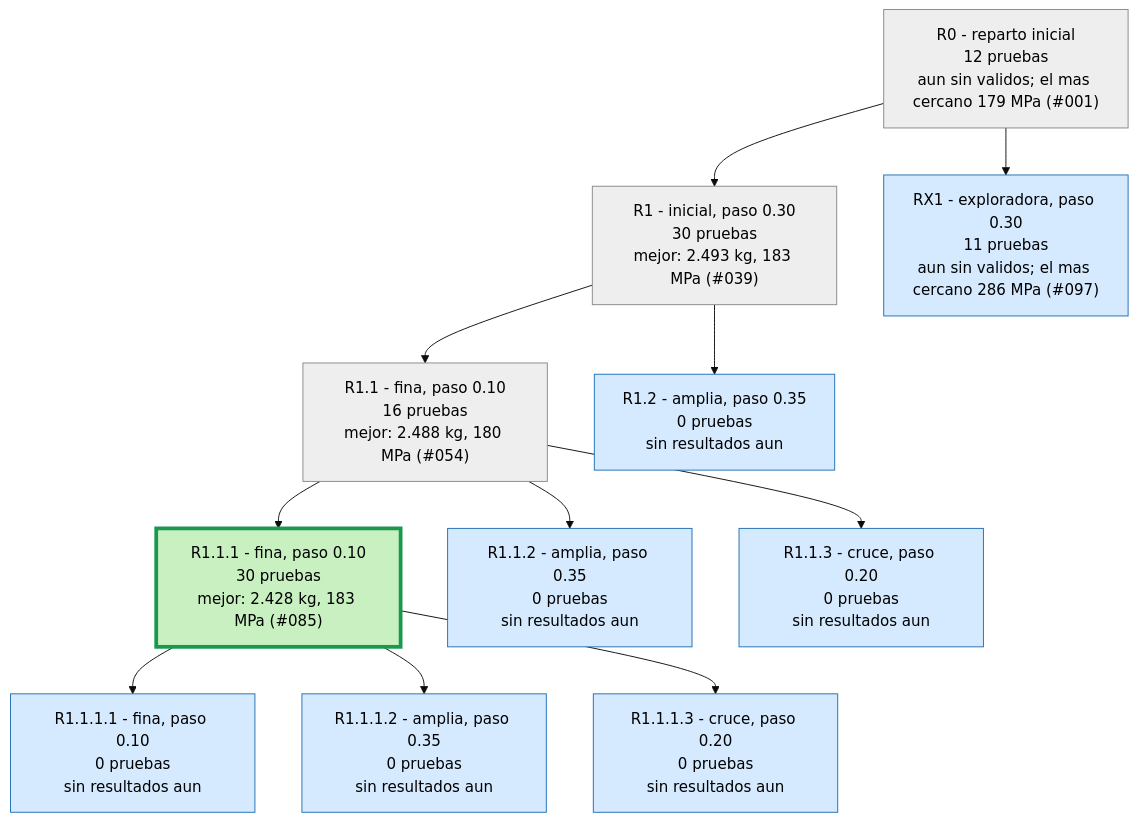
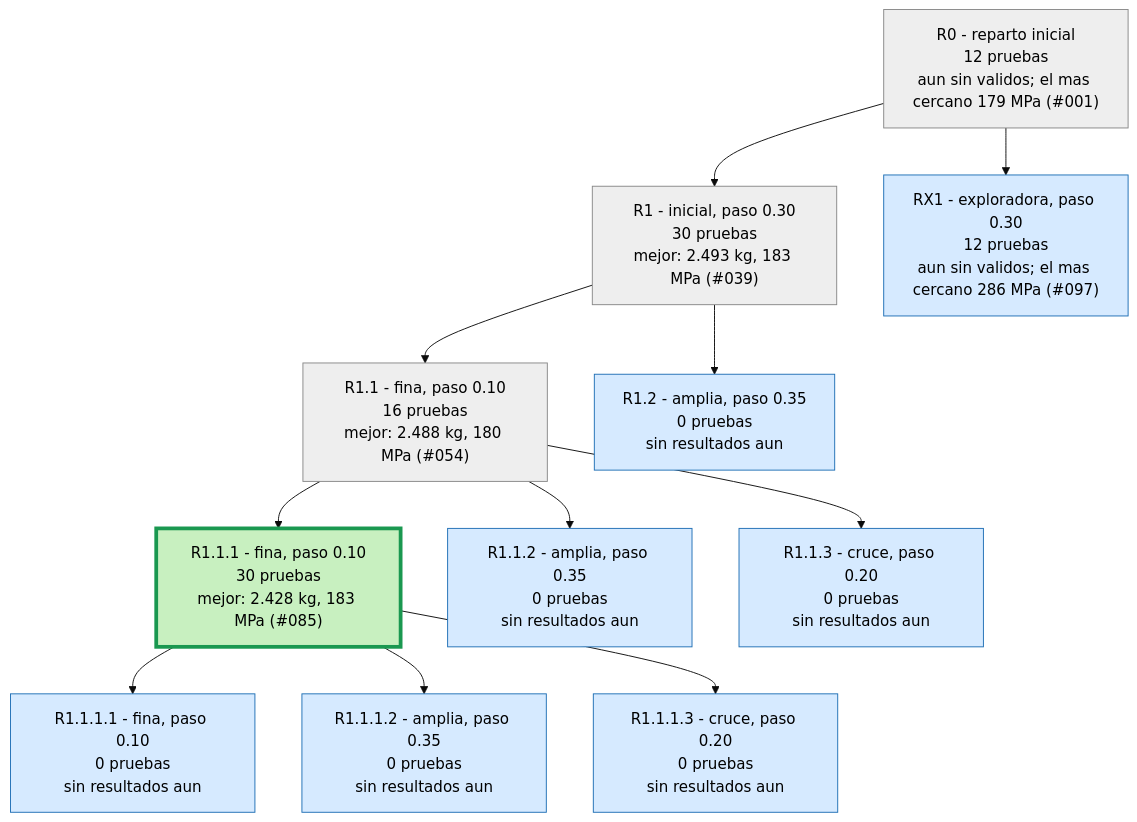
One commit to Hugiko/msd-soporte-optimizacion changed the second of 3 diagrams in runs/opt_37800N/ARBOL.md. Above: the diagram before and after it, drawn with Mermaid (base theme). The commit also changed 19 other files, not shown here.

````diff
--- a/runs/opt_37800N/ARBOL.md
+++ b/runs/opt_37800N/ARBOL.md
@@ -25,27 +25,27 @@
 ```mermaid
 graph TD
 classDef activa fill:#d6eaff,stroke:#1f6fb5,color:#000
 classDef fin fill:#eeeeee,stroke:#888,color:#000
 classDef mejor fill:#c8f0c0,stroke:#1a9850,stroke-width:4px,color:#000
 R0["R0 - reparto inicial<br/>12 pruebas<br/>aun sin validos; el mas cercano 179 MPa (#001)"]:::fin
 R1["R1 - inicial, paso 0.30<br/>30 pruebas<br/>mejor: 2.493 kg, 183 MPa (#039)"]:::fin
 R0 --> R1
 R1_1["R1.1 - fina, paso 0.10<br/>16 pruebas<br/>mejor: 2.488 kg, 180 MPa (#054)"]:::fin
 R1 --> R1_1
 R1_2["R1.2 - amplia, paso 0.35<br/>0 pruebas<br/>sin resultados aun"]:::activa
 R1 --> R1_2
 R1_1_1["R1.1.1 - fina, paso 0.10<br/>30 pruebas<br/>mejor: 2.428 kg, 183 MPa (#085)"]:::mejor
 R1_1 --> R1_1_1
 R1_1_2["R1.1.2 - amplia, paso 0.35<br/>0 pruebas<br/>sin resultados aun"]:::activa
 R1_1 --> R1_1_2
 R1_1_3["R1.1.3 - cruce, paso 0.20<br/>0 pruebas<br/>sin resultados aun"]:::activa
 R1_1 --> R1_1_3
 R1_1_1_1["R1.1.1.1 - fina, paso 0.10<br/>0 pruebas<br/>sin resultados aun"]:::activa
 R1_1_1 --> R1_1_1_1
 R1_1_1_2["R1.1.1.2 - amplia, paso 0.35<br/>0 pruebas<br/>sin resultados aun"]:::activa
 R1_1_1 --> R1_1_1_2
 R1_1_1_3["R1.1.1.3 - cruce, paso 0.20<br/>0 pruebas<br/>sin resultados aun"]:::activa
 R1_1_1 --> R1_1_1_3
-RX1["RX1 - exploradora, paso 0.30<br/>11 pruebas<br/>aun sin validos; el mas cercano 286 MPa (#097)"]:::activa
+RX1["RX1 - exploradora, paso 0.30<br/>12 pruebas<br/>aun sin validos; el mas cercano 286 MPa (#097)"]:::activa
 R0 --> RX1
 ```
````
